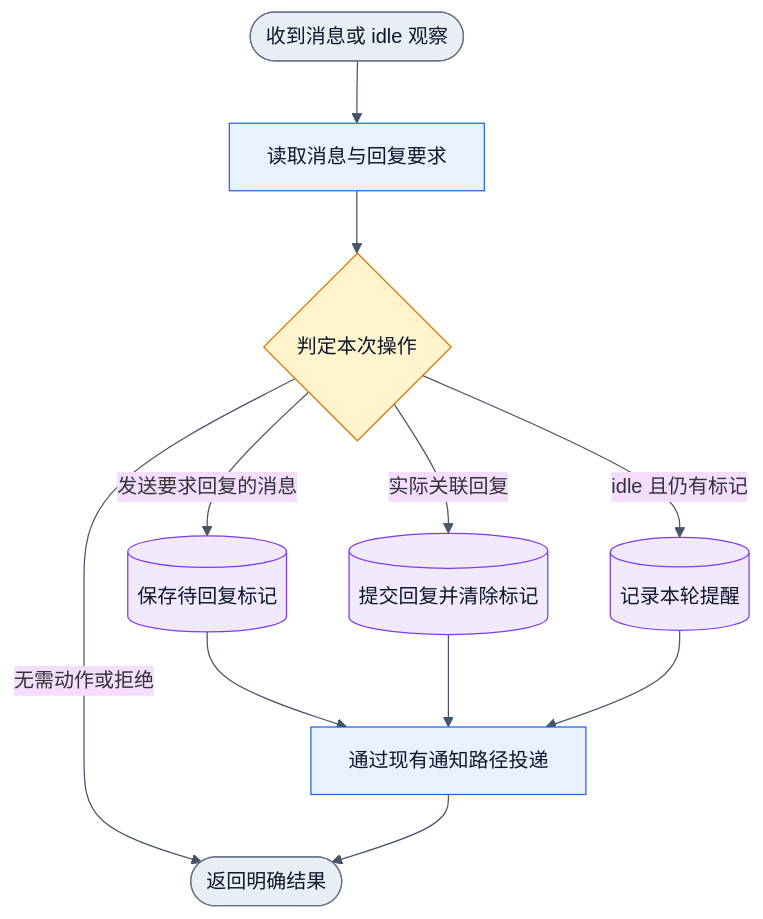
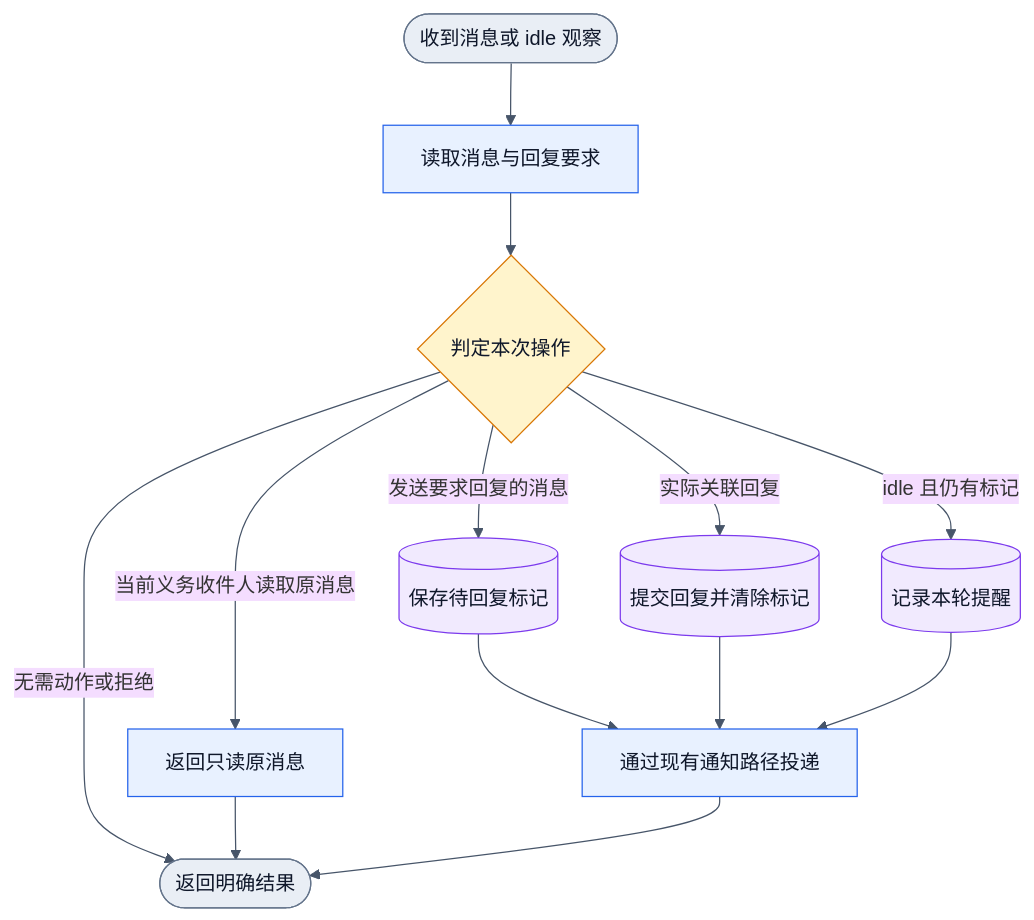
One commit to Jasonzhangf/appsdk changed the diagram in collab/docs/design/reply-obligations.md. Above: the diagram before and after it, drawn with Mermaid (base theme). The commit also changed other lines of this file and 6 other files, not shown here.

````diff
--- a/collab/docs/design/reply-obligations.md
+++ b/collab/docs/design/reply-obligations.md
@@ -44,18 +52,20 @@
 ```mermaid
 flowchart TD
   S([收到消息或 idle 观察]):::boundary --> A[读取消息与回复要求]:::action
   A --> B{判定本次操作}:::decision
   B -->|发送要求回复的消息| C[(保存待回复标记)]:::data
   B -->|实际关联回复| D[(提交回复并清除标记)]:::data
+  B -->|当前义务收件人读取原消息| R[返回只读原消息]:::action
   B -->|idle 且仍有标记| E[(记录本轮提醒)]:::data
   B -->|无需动作或拒绝| Z([返回明确结果]):::boundary
   C --> N[通过现有通知路径投递]:::action
   D --> N
   E --> N
+  R --> Z
   N --> Z
   classDef boundary fill:#E9EEF5,stroke:#64748B,color:#0F172A
   classDef action fill:#E8F1FF,stroke:#2563EB,color:#0F172A
   classDef decision fill:#FFF4CC,stroke:#D97706,color:#0F172A
   classDef data fill:#F1EAFE,stroke:#7C3AED,color:#0F172A
   linkStyle default stroke:#475569
 ```
````
